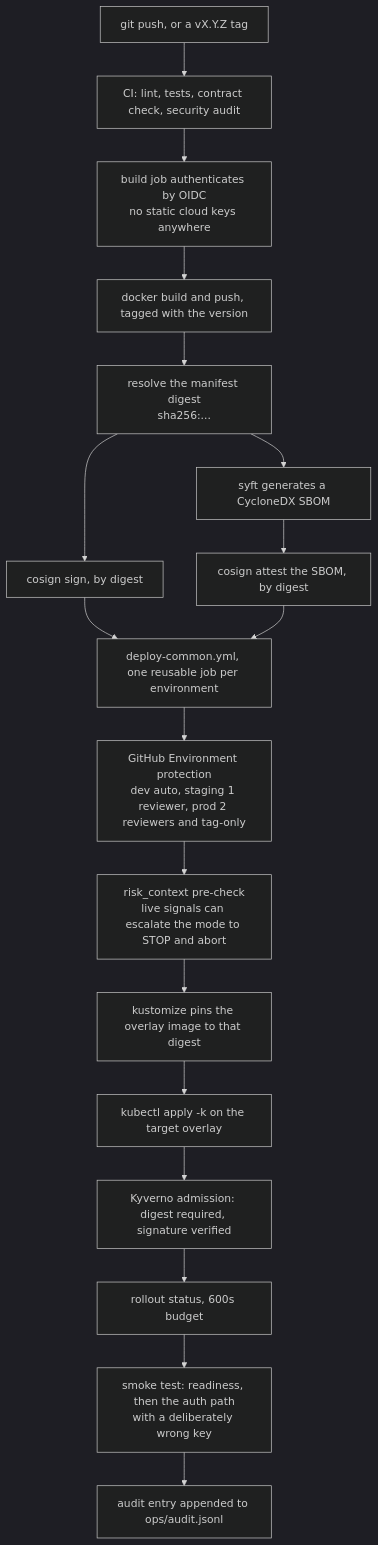
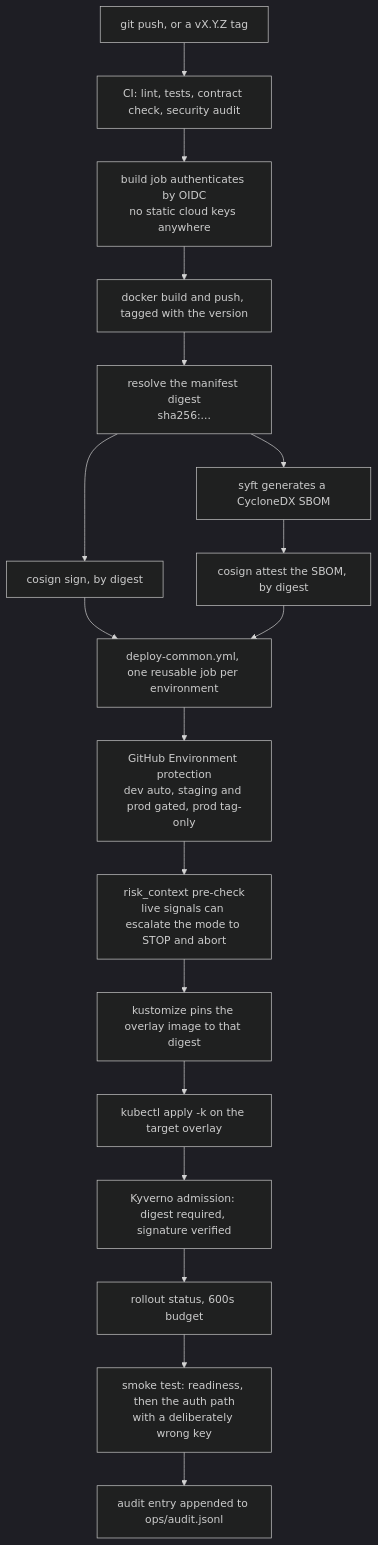
The first of 4 diagrams in docs/DIAGRAMS.md (DuqueOM/ml-service-template), drawn with Mermaid (dark theme) before and after one commit. The commit also changed other lines of this file, not shown here.

````diff
--- a/docs/DIAGRAMS.md
+++ b/docs/DIAGRAMS.md
@@ -28,20 +28,20 @@
 ```mermaid
 flowchart TD
     A["git push, or a vX.Y.Z tag"] --> B["CI: lint, tests, contract check, security audit"]
     B --> C["build job authenticates by OIDC<br/>no static cloud keys anywhere"]
     C --> D["docker build and push, tagged with the version"]
     D --> E["resolve the manifest digest<br/>sha256:..."]
     E --> F["cosign sign, by digest"]
     E --> G["syft generates a CycloneDX SBOM"]
     G --> H["cosign attest the SBOM, by digest"]
     F --> I["deploy-common.yml, one reusable job per environment"]
     H --> I
-    I --> J["GitHub Environment protection<br/>dev auto, staging 1 reviewer, prod 2 reviewers and tag-only"]
+    I --> J["GitHub Environment protection<br/>dev auto, staging and prod gated, prod tag-only"]
     J --> K["risk_context pre-check<br/>live signals can escalate the mode to STOP and abort"]
     K --> L["kustomize pins the overlay image to that digest"]
     L --> M["kubectl apply -k on the target overlay"]
     M --> N["Kyverno admission: digest required, signature verified"]
     N --> O["rollout status, 600s budget"]
     O --> P["smoke test: readiness, then the auth path<br/>with a deliberately wrong key"]
     P --> Q["audit entry appended to ops/audit.jsonl"]
 ```
````
